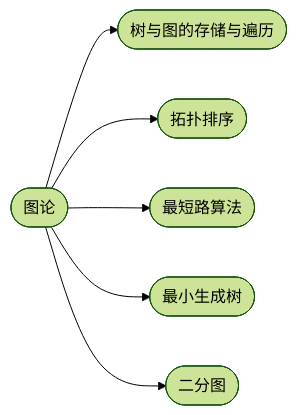
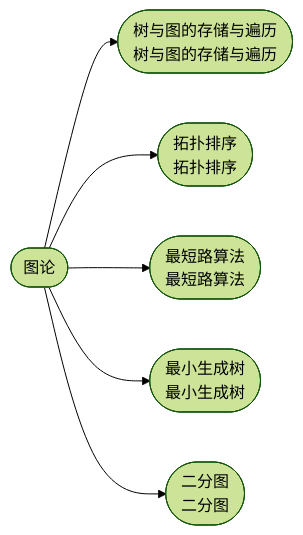
Before and after one commit to cuberxl/Coders-Note: the diagram in 5-图论/index.md, drawn with Mermaid (forest theme). The commit also changed 16 other files, not shown here.

````diff
--- a/5-图论/index.md
+++ b/5-图论/index.md
@@ -25,9 +25,9 @@
 ```mermaid
 flowchart LR
     R(["图论"])
-    R --> N1(["树与图的存储与遍历"])
-    R --> N2(["拓扑排序"])
-    R --> N3(["最短路算法"])
-    R --> N4(["最小生成树"])
-    R --> N5(["二分图"])
+    R --> N1(["树与图的存储与遍历<br/>树与图的存储与遍历"])
+    R --> N2(["拓扑排序<br/>拓扑排序"])
+    R --> N3(["最短路算法<br/>最短路算法"])
+    R --> N4(["最小生成树<br/>最小生成树"])
+    R --> N5(["二分图<br/>二分图"])
 ```
````
